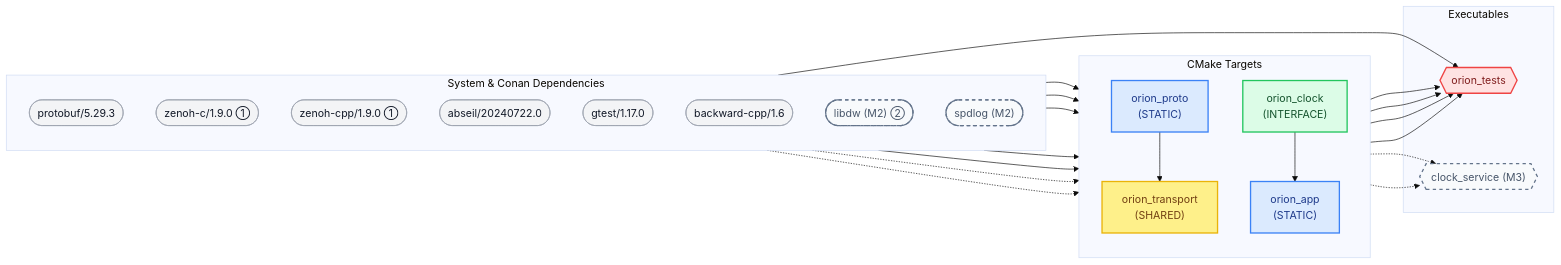
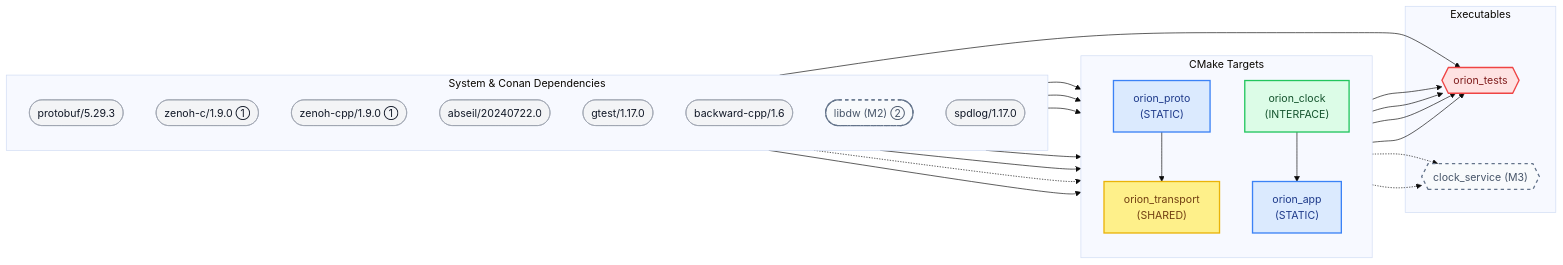
The diagram in docs/architecture.md (Unmanned-Constellation/orion), drawn with Mermaid (base theme) before and after one commit. The commit also changed other lines of this file and 9 other files, not shown here.

First line of the commit message:
feat(app): add LoggerFactory with spdlog backing (#55)

````diff
--- a/docs/architecture.md
+++ b/docs/architecture.md
@@ -9,60 +9,60 @@
 ```{mermaid}
 flowchart LR
     %% Semantic Style Definitions
     classDef external   fill:#f3f4f6,stroke:#9ca3af,stroke-width:1px,color:#111827
     classDef interface  fill:#dcfce7,stroke:#22c55e,stroke-width:2px,color:#14532d
     classDef staticLib  fill:#dbeafe,stroke:#3b82f6,stroke-width:2px,color:#1e3a8a
     classDef sharedLib  fill:#fef08a,stroke:#eab308,stroke-width:2px,color:#713f12
     classDef executable fill:#fee2e2,stroke:#ef4444,stroke-width:2px,color:#7f1d1d
     classDef planned    fill:#f8fafc,stroke:#64748b,stroke-width:2px,stroke-dasharray: 5 5,color:#475569
 
     subgraph External ["System & Conan Dependencies"]
         direction TB
         protobuf(["protobuf/5.29.3"]):::external
         zenohc(["zenoh-c/1.9.0 ①"]):::external
         zenohcpp(["zenoh-cpp/1.9.0 ①"]):::external
         abseil(["abseil/20240722.0"]):::external
         gtest(["gtest/1.17.0"]):::external
         backwardcpp(["backward-cpp/1.6"]):::external
 
         libdw(["libdw (M2) ②"]):::planned
-        spdlog(["spdlog (M2)"]):::planned
+        spdlog(["spdlog/1.17.0"]):::external
     end
 
     subgraph Modules ["CMake Targets"]
         direction TB
         orion_clock["orion_clock<br/>(INTERFACE)"]:::interface
         orion_proto["orion_proto<br/>(STATIC)"]:::staticLib
         orion_app["orion_app<br/>(STATIC)"]:::staticLib
         orion_transport["orion_transport<br/>(SHARED)"]:::sharedLib
     end
 
     subgraph Executables ["Executables"]
         orion_tests{{"orion_tests"}}:::executable
         clock_service{{"clock_service (M3)"}}:::planned
     end
 
     %% External to Module Edges
     protobuf    --> orion_proto
     abseil      --> orion_proto
     zenohc      --> orion_transport
     zenohcpp    --> orion_transport
 
     backwardcpp --> orion_app
     libdw       -.-> orion_app
-    spdlog      -.-> orion_app
+    spdlog      --> orion_app
 
     %% Internal Module Edges
     orion_proto --> orion_transport
     orion_clock --> orion_app
 
     %% Executable Edges
     orion_clock     --> orion_tests
     orion_app       --> orion_tests
     orion_transport --> orion_tests
     orion_proto     --> orion_tests
     gtest           --> orion_tests
 
     orion_transport -.-> clock_service
     orion_proto     -.-> clock_service
 ```
````
